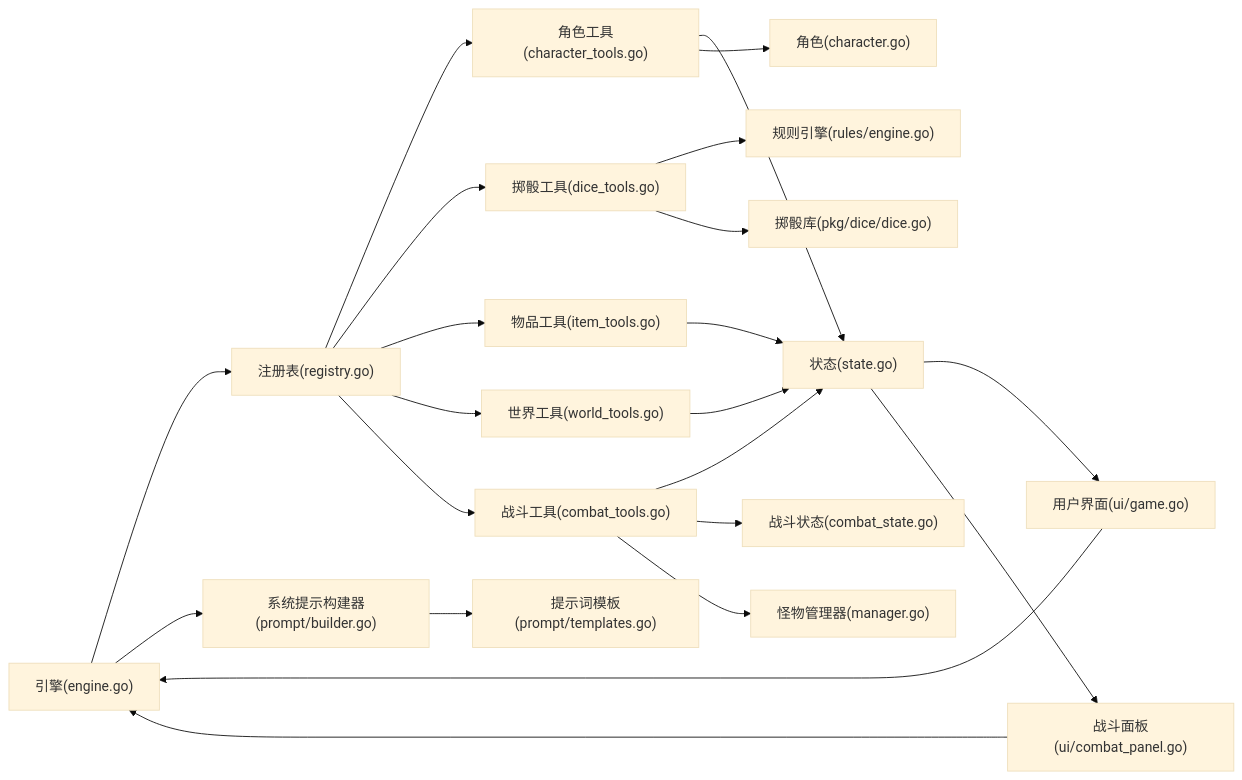
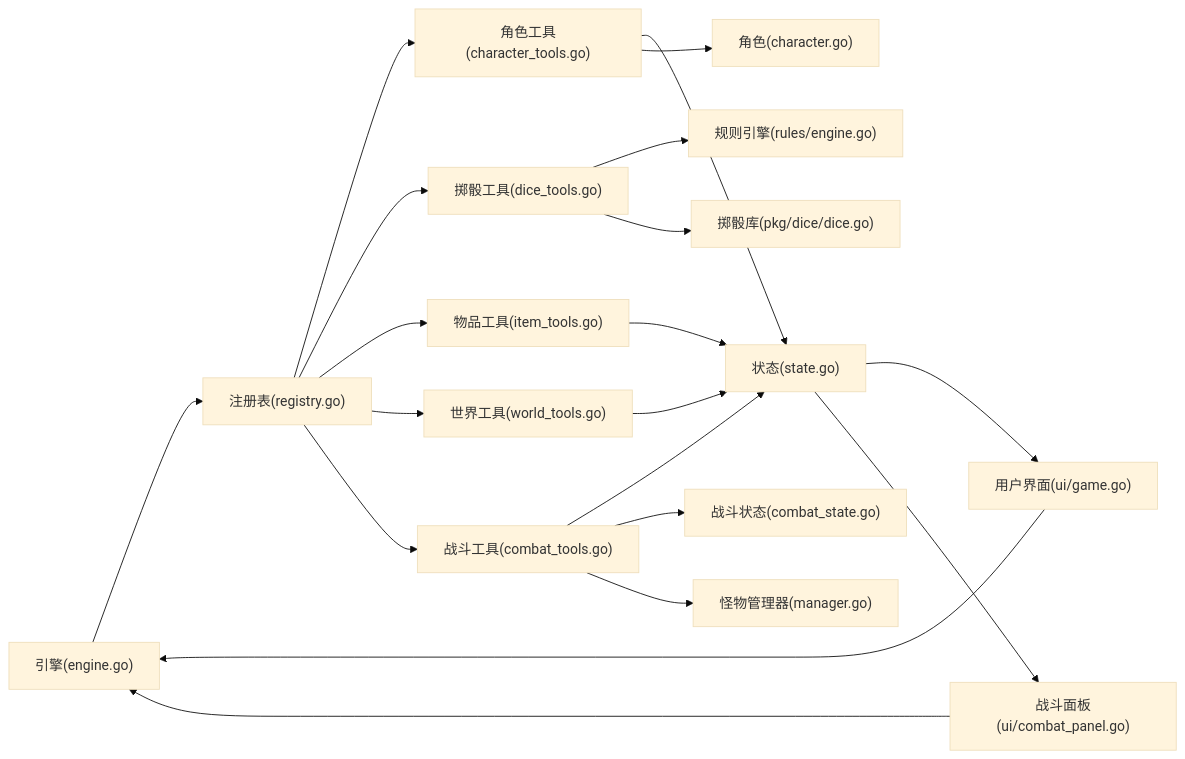
Before and after one commit to zwh8800/cdnd: diagram 11 of 11 in .qoder/repowiki/zh/content/工具系统/工具系统.md, drawn with Mermaid (base theme). The commit also changed other lines of this file and 11 other files, not shown here.

````diff
--- a/.qoder/repowiki/zh/content/工具系统/工具系统.md
+++ b/.qoder/repowiki/zh/content/工具系统/工具系统.md
@@ -607,24 +504,22 @@
 ```mermaid
 graph LR
 ENG["引擎(engine.go)"] --> REG["注册表(registry.go)"]
 REG --> CT["角色工具(character_tools.go)"]
 REG --> DT["掷骰工具(dice_tools.go)"]
 REG --> IT["物品工具(item_tools.go)"]
 REG --> WT["世界工具(world_tools.go)"]
 REG --> BT["战斗工具(combat_tools.go)"]
 CT --> ST["状态(state.go)"]
 IT --> ST
 WT --> ST
 BT --> ST
 BT --> CS["战斗状态(combat_state.go)"]
 BT --> MM["怪物管理器(manager.go)"]
 DT --> RE["规则引擎(rules/engine.go)"]
 DT --> DI["掷骰库(pkg/dice/dice.go)"]
 CT --> CH["角色(character.go)"]
 ST --> UI["用户界面(ui/game.go)"]
 ST --> CP["战斗面板(ui/combat_panel.go)"]
 UI --> ENG
 CP --> ENG
-ENG --> SP["系统提示构建器(prompt/builder.go)"]
-SP --> TM["提示词模板(prompt/templates.go)"]
 ```
````
